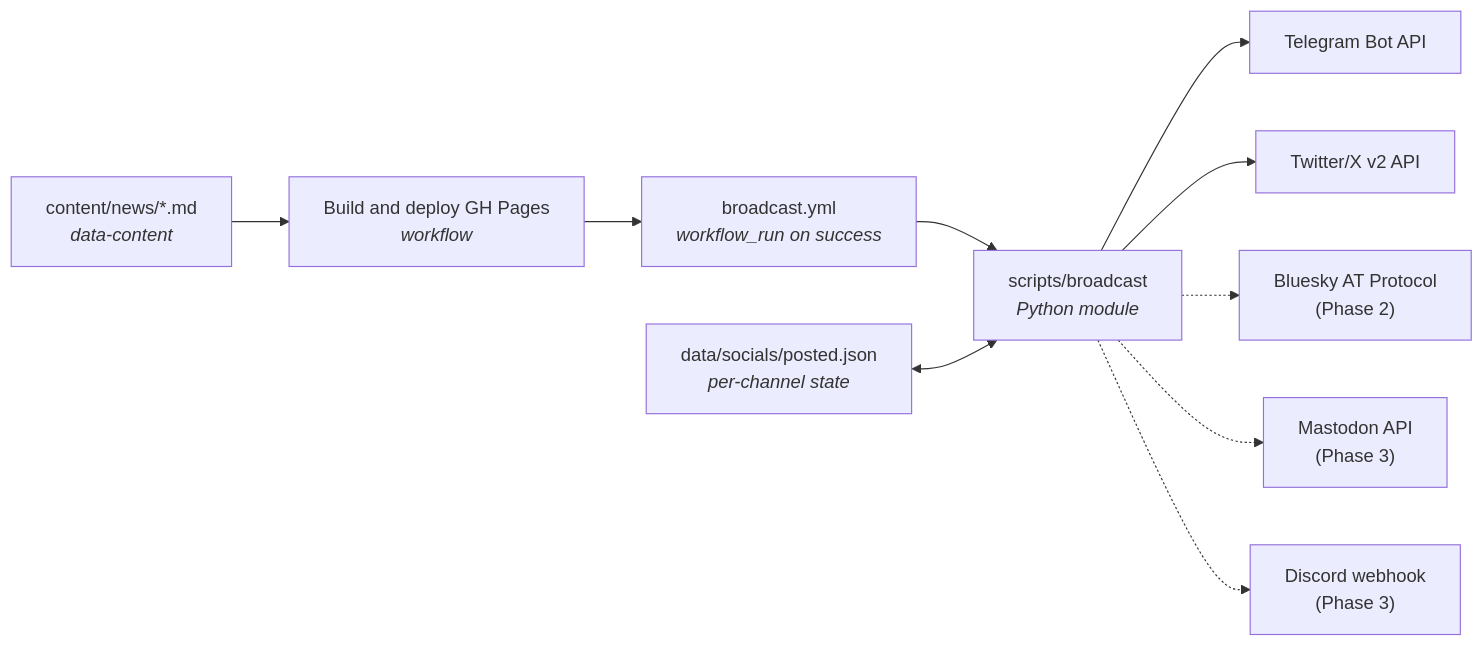
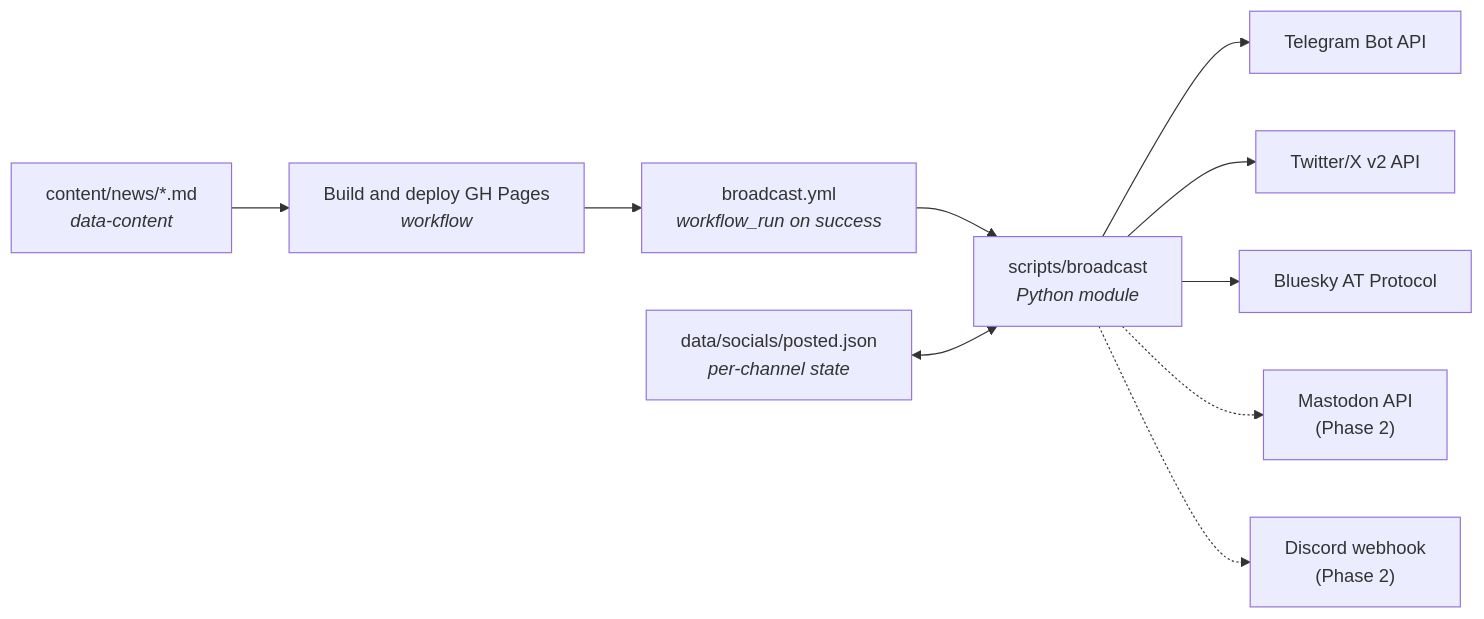
The diagram in content/contributing/dev/social-broadcast.md (wheelofheaven/docs.wheelofheaven.world), drawn with Mermaid before and after one commit. The commit also changed other lines of this file, not shown here.

First line of the commit message:
docs(broadcast): Bluesky promoted from Phase 2 to Phase 1

````diff
--- a/content/contributing/dev/social-broadcast.md
+++ b/content/contributing/dev/social-broadcast.md
@@ -20,21 +20,21 @@
 ```mermaid
 flowchart LR
     md["content/news/*.md<br/><i>data-content</i>"]
     deploy["Build and deploy GH Pages<br/><i>workflow</i>"]
     bcast["broadcast.yml<br/><i>workflow_run on success</i>"]
     bot["scripts/broadcast<br/><i>Python module</i>"]
     state["data/socials/posted.json<br/><i>per-channel state</i>"]
     api1["Telegram Bot API"]
     api2["Twitter/X v2 API"]
-    api3["Bluesky AT Protocol<br/>(Phase 2)"]
-    api4["Mastodon API<br/>(Phase 3)"]
-    api5["Discord webhook<br/>(Phase 3)"]
+    api3["Bluesky AT Protocol"]
+    api4["Mastodon API<br/>(Phase 2)"]
+    api5["Discord webhook<br/>(Phase 2)"]
 
     md --> deploy --> bcast --> bot
     state <--> bot
     bot --> api1
     bot --> api2
-    bot -.-> api3
+    bot --> api3
     bot -.-> api4
     bot -.-> api5
 ```
````
